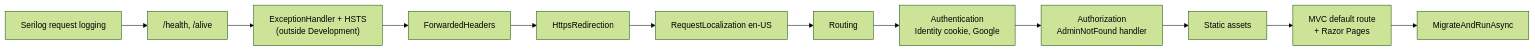
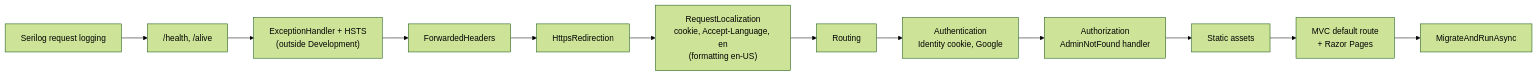
Before and after one commit to tngo0508/PersonalFinance: diagram 21 of 23 in docs/DIAGRAMS.md, drawn with Mermaid (forest theme). The commit also changed other lines of this file and 7 other files, not shown here.

First line of the commit message:
test(e2e), docs: language switch smoke test, localization diagram, 6.3.0

````diff
--- a/docs/DIAGRAMS.md
+++ b/docs/DIAGRAMS.md
@@ -1179,4 +1180,4 @@
 ```mermaid
 flowchart LR
-    a["Serilog request logging"] --> b["/health, /alive"] --> c["ExceptionHandler + HSTS<br/>(outside Development)"] --> d["ForwardedHeaders"] --> e["HttpsRedirection"] --> f["RequestLocalization en-US"] --> g["Routing"] --> h["Authentication<br/>Identity cookie, Google"] --> i["Authorization<br/>AdminNotFound handler"] --> j["Static assets"] --> k["MVC default route<br/>+ Razor Pages"] --> l["MigrateAndRunAsync"]
+    a["Serilog request logging"] --> b["/health, /alive"] --> c["ExceptionHandler + HSTS<br/>(outside Development)"] --> d["ForwardedHeaders"] --> e["HttpsRedirection"] --> f["RequestLocalization<br/>cookie, Accept-Language, en<br/>(formatting en-US)"] --> g["Routing"] --> h["Authentication<br/>Identity cookie, Google"] --> i["Authorization<br/>AdminNotFound handler"] --> j["Static assets"] --> k["MVC default route<br/>+ Razor Pages"] --> l["MigrateAndRunAsync"]
 ```
````
